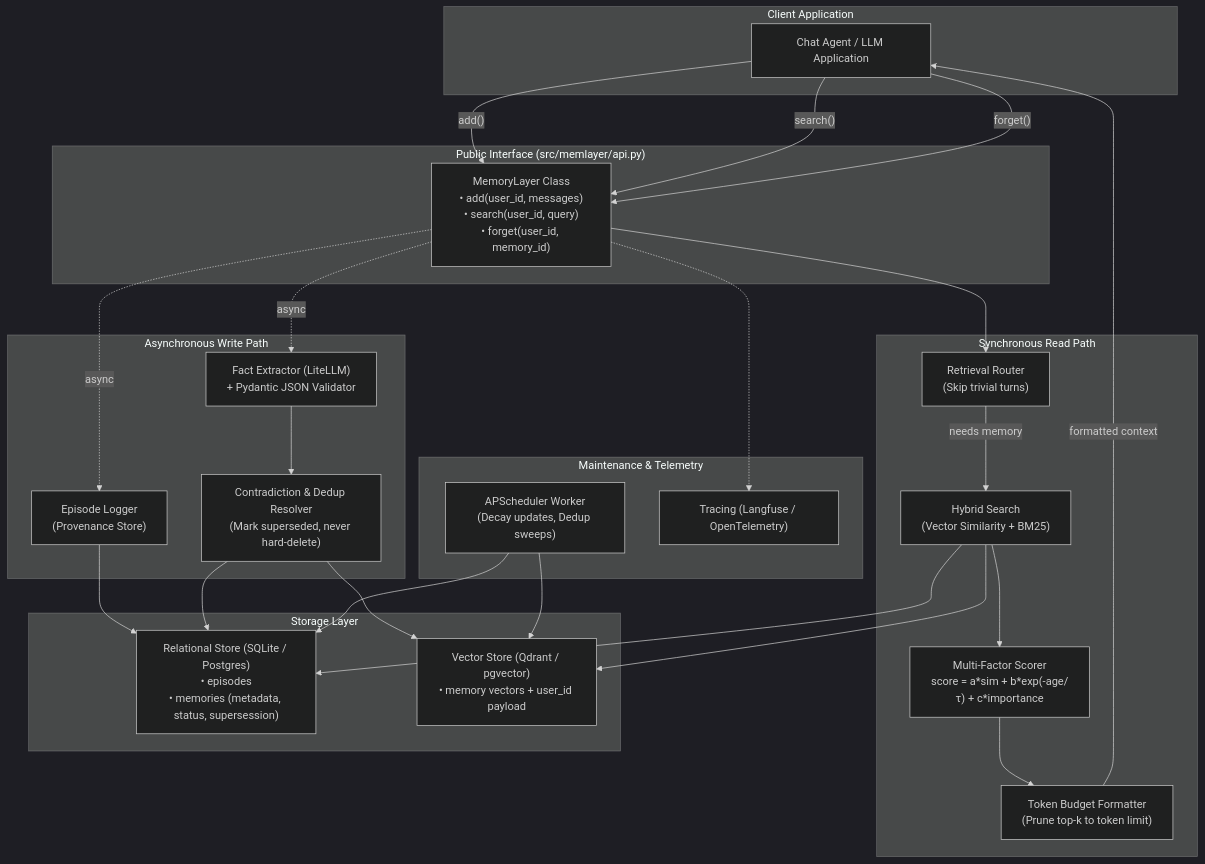
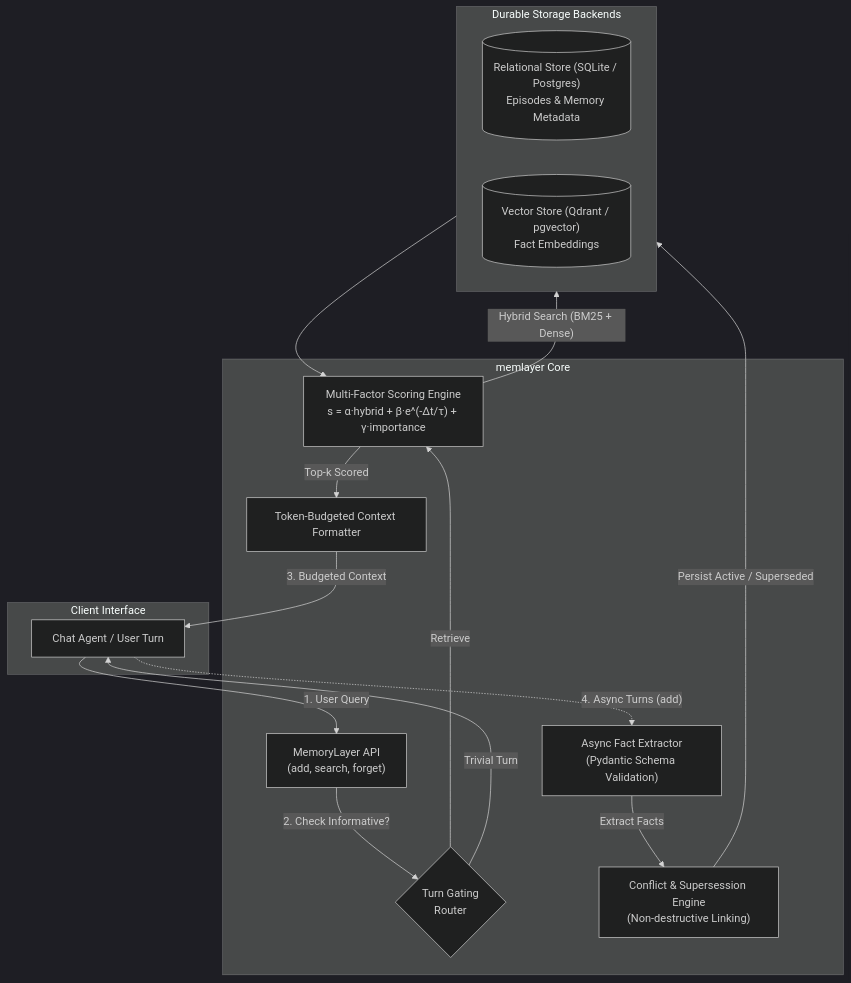
Before and after one commit to Yash-lab01/Agent-Memory-Layer: the diagram in docs/ARCHITECTURE.md, drawn with Mermaid (dark theme). The commit also changed other lines of this file and 8 other files, not shown here.

Commit message:
docs(docs): add recruiter-ready README, architecture guides, and MkDocs site

````diff
--- a/docs/ARCHITECTURE.md
+++ b/docs/ARCHITECTURE.md
@@ -9,56 +9,34 @@
 ```mermaid
 flowchart TD
-    subgraph Client ["Client Application"]
-        Agent["Chat Agent / LLM Application"]
+    subgraph Client ["Client Interface"]
+        Agent["Chat Agent / User Turn"]
     end
 
-    subgraph API ["Public Interface (src/memlayer/api.py)"]
-        MemLayer["MemoryLayer Class\n• add(user_id, messages)\n• search(user_id, query)\n• forget(user_id, memory_id)"]
+    subgraph MemoryLayer ["memlayer Core"]
+        API["MemoryLayer API\n(add, search, forget)"]
+        Router{"Turn Gating\nRouter"}
+        Extractor["Async Fact Extractor\n(Pydantic Schema Validation)"]
+        ConflictEngine["Conflict & Supersession Engine\n(Non-destructive Linking)"]
+        Scorer["Multi-Factor Scoring Engine\ns = α·hybrid + β·e^(-Δt/τ) + γ·importance"]
+        Budgeter["Token-Budgeted Context Formatter"]
     end
 
-    subgraph WritePath ["Asynchronous Write Path"]
-        EpLogger["Episode Logger\n(Provenance Store)"]
-        Extractor["Fact Extractor (LiteLLM)\n+ Pydantic JSON Validator"]
-        ConflictResolver["Contradiction & Dedup Resolver\n(Mark superseded, never hard-delete)"]
+    subgraph Storage ["Durable Storage Backends"]
+        SQLStore[("Relational Store (SQLite / Postgres)\nEpisodes & Memory Metadata")]
+        VectorStore[("Vector Store (Qdrant / pgvector)\nFact Embeddings")]
     end
 
-    subgraph ReadPath ["Synchronous Read Path"]
-        Router["Retrieval Router\n(Skip trivial turns)"]
-        Hybrid["Hybrid Search\n(Vector Similarity + BM25)"]
-        Scorer["Multi-Factor Scorer\nscore = a*sim + b*exp(-age/τ) + c*importance"]
-        Formatter["Token Budget Formatter\n(Prune top-k to token limit)"]
-    end
+    Agent -->|"1. User Query"| API
+    API -->|"2. Check Informative?"| Router
+    Router -->|"Retrieve"| Scorer
+    Router -->|"Trivial Turn"| Agent
 
-    subgraph Storage ["Storage Layer"]
-        SQL["Relational Store (SQLite / Postgres)\n• episodes\n• memories (metadata, status, supersession)"]
-        Vector["Vector Store (Qdrant / pgvector)\n• memory vectors + user_id payload"]
-    end
+    Scorer -->|"Hybrid Search (BM25 + Dense)"| Storage
+    Storage --> Scorer
+    Scorer -->|"Top-k Scored"| Budgeter
+    Budgeter -->|"3. Budgeted Context"| Agent
 
-    subgraph Workers ["Maintenance & Telemetry"]
-        Worker["APScheduler Worker\n(Decay updates, Dedup sweeps)"]
-        Tracing["Tracing (Langfuse / OpenTelemetry)"]
-    end
-
-    Agent -->|"add()"| MemLayer
-    Agent -->|"search()"| MemLayer
-    Agent -->|"forget()"| MemLayer
-
-    MemLayer -.->|"async"| EpLogger
-    EpLogger --> SQL
-    MemLayer -.->|"async"| Extractor
-    Extractor --> ConflictResolver
-    ConflictResolver --> SQL
-    ConflictResolver --> Vector
-
-    MemLayer --> Router
-    Router -->|"needs memory"| Hybrid
-    Hybrid --> SQL
-    Hybrid --> Vector
-    Hybrid --> Scorer
-    Scorer --> Formatter
-    Formatter -->|"formatted context"| Agent
-
-    Worker --> SQL
-    Worker --> Vector
-    MemLayer -.-> Tracing
+    Agent -.->|"4. Async Turns (add)"| Extractor
+    Extractor -->|"Extract Facts"| ConflictEngine
+    ConflictEngine -->|"Persist Active / Superseded"| Storage
 ```
````
